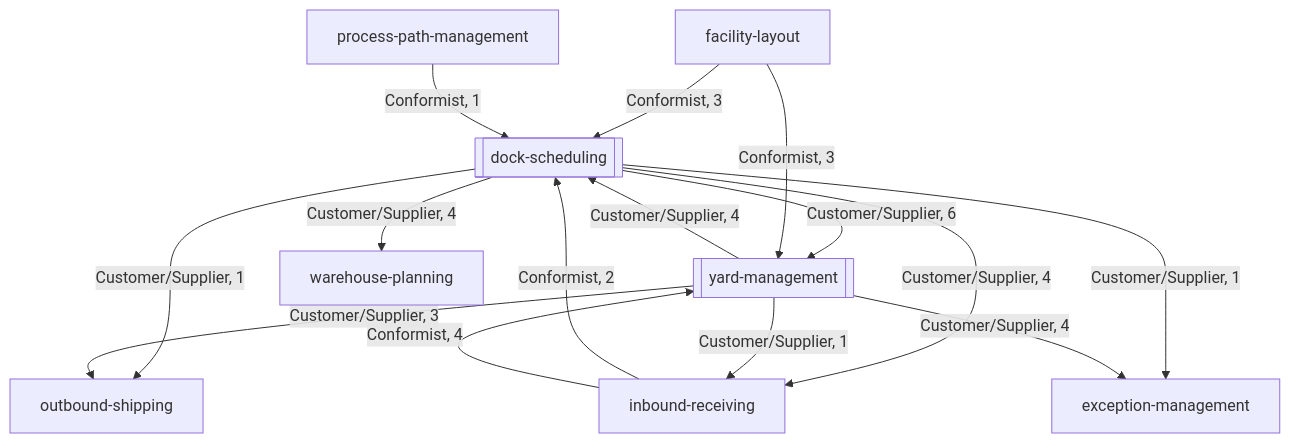
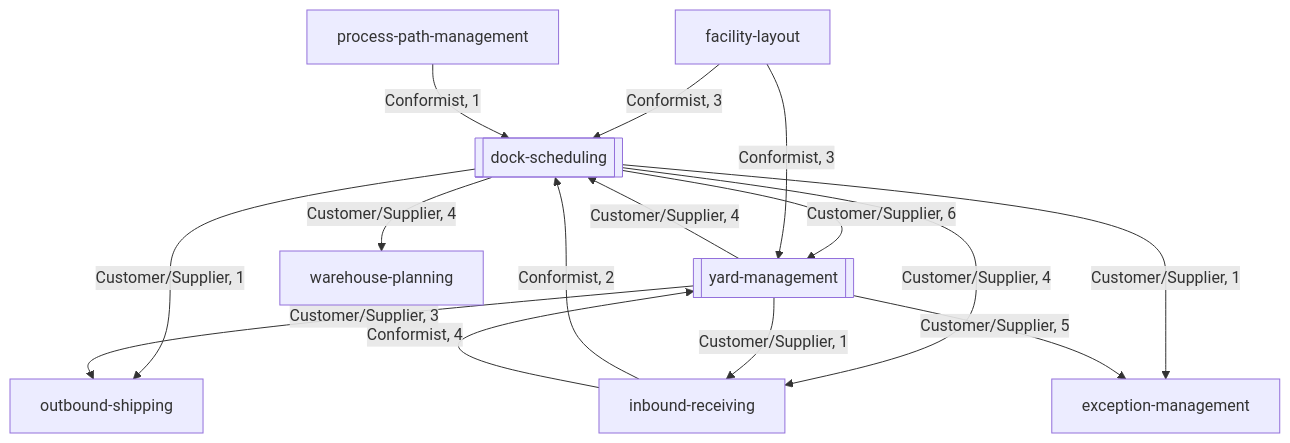
One commit to IQVO/warehouse-docs changed the diagram in yard/docs/strategic-design/context-map.md. Above: the diagram before and after it, drawn with Mermaid. The commit also changed other lines of this file and 5 other files, not shown here.

Commit message:
docs(yard): sync the yard-management copies to develop and model compliance inspections (ADR 0015 there)

````diff
--- a/yard/docs/strategic-design/context-map.md
+++ b/yard/docs/strategic-design/context-map.md
@@ -18,25 +18,25 @@
 ```mermaid
 flowchart TD
   dock_scheduling[["dock-scheduling"]]
   yard_management[["yard-management"]]
   warehouse_planning["warehouse-planning"]
   inbound_receiving["inbound-receiving"]
   outbound_shipping["outbound-shipping"]
   exception_management["exception-management"]
   facility_layout["facility-layout"]
   process_path_management["process-path-management"]
   dock_scheduling -->|Customer/Supplier, 6| yard_management
   dock_scheduling -->|Customer/Supplier, 4| warehouse_planning
   dock_scheduling -->|Customer/Supplier, 4| inbound_receiving
   dock_scheduling -->|Customer/Supplier, 1| outbound_shipping
   dock_scheduling -->|Customer/Supplier, 1| exception_management
   yard_management -->|Customer/Supplier, 4| dock_scheduling
   yard_management -->|Customer/Supplier, 1| inbound_receiving
-  yard_management -->|Customer/Supplier, 4| exception_management
+  yard_management -->|Customer/Supplier, 5| exception_management
   yard_management -->|Customer/Supplier, 3| outbound_shipping
   facility_layout -->|Conformist, 3| dock_scheduling
   inbound_receiving -->|Conformist, 2| dock_scheduling
   process_path_management -->|Conformist, 1| dock_scheduling
   facility_layout -->|Conformist, 3| yard_management
   inbound_receiving -->|Conformist, 4| yard_management
 ```
````
